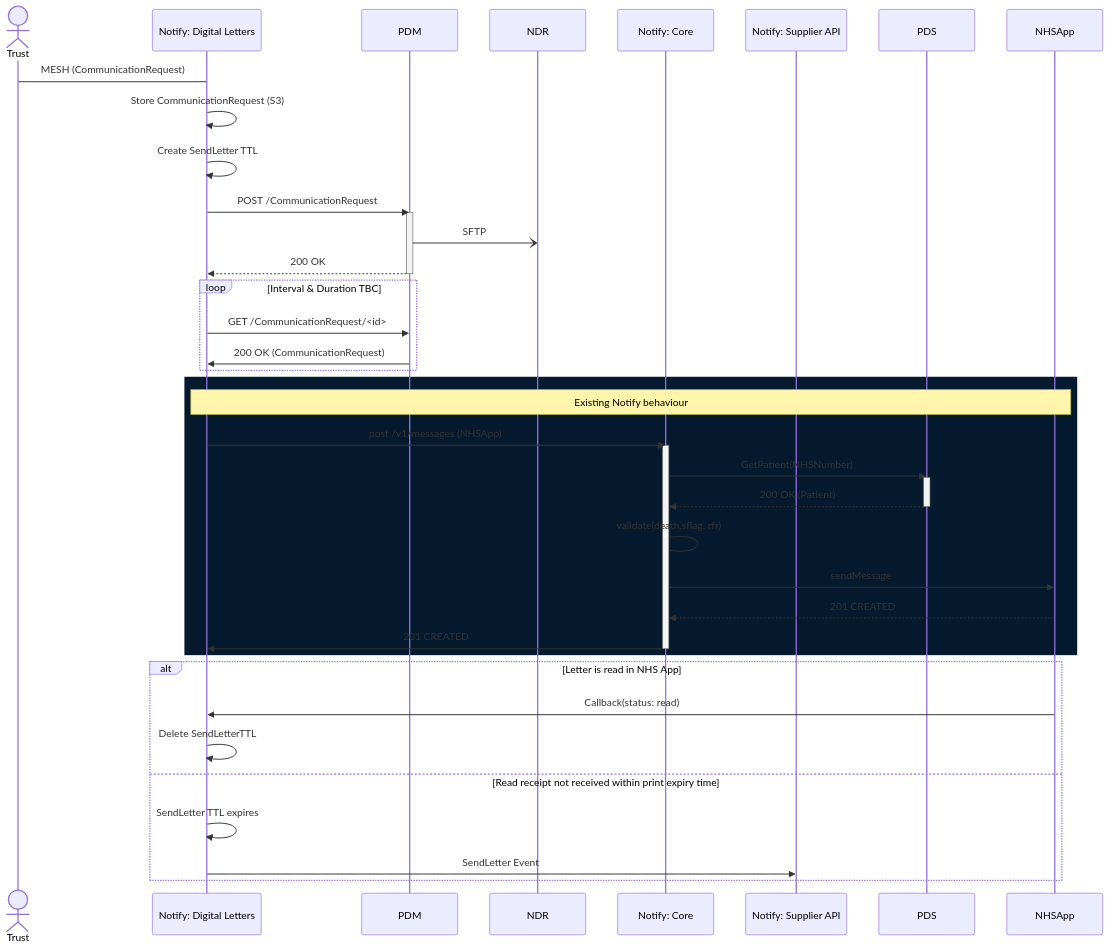
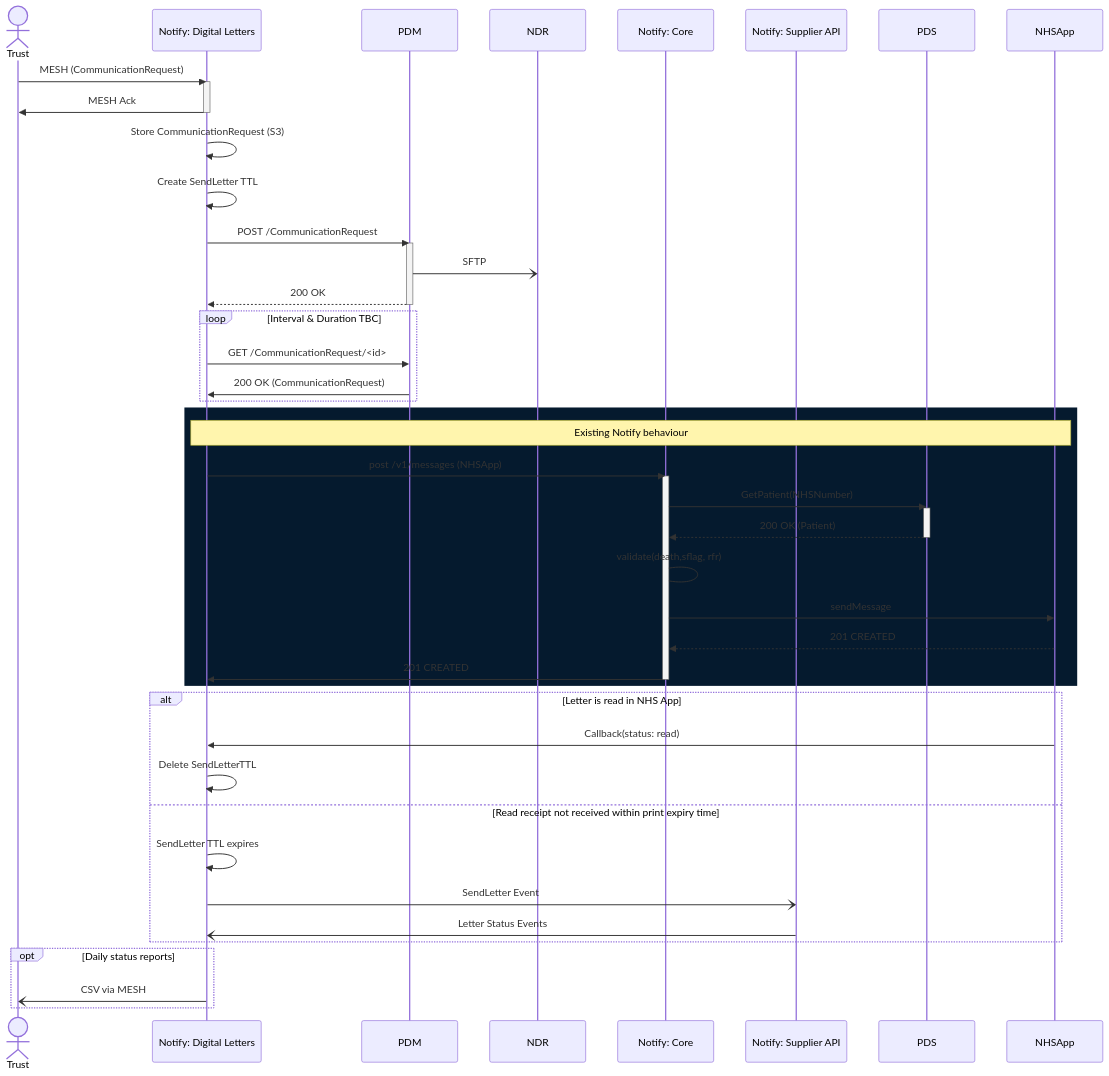
One commit to RossBugginsNHS/nhs-notify-digital-letters changed the diagram in docs/diagrams/digital-letters-sequence.md. Above: the diagram before and after it, drawn with Mermaid. The commit also changed 1 other file, not shown here.

Commit message:
Feature/ccm 12274 update diagrams (#33)
* CCM-12274: Updated sequence diagram to incorporate review feedback
* CCM-12274: Added sequence diagram for mesh poll/retrieve
* CCM-12274: Changed MeshPoll trigger to be a scheduled event & added SQS

---------

````diff
--- a/docs/diagrams/digital-letters-sequence.md
+++ b/docs/diagrams/digital-letters-sequence.md
@@ -26,48 +26,56 @@
 ```mermaid
 
 sequenceDiagram
   actor trust as Trust
   participant notify-letters as Notify: Digital Letters
   participant pdm as PDM
   participant ndr as NDR
   participant notify-core as Notify: Core
   participant notify-supplier as Notify: Supplier API
   participant pds as PDS
   participant nhsapp as NHSApp
 
 
-  trust -> notify-letters: MESH (CommunicationRequest)
+  trust ->> notify-letters: MESH (CommunicationRequest)
+  activate notify-letters
+      notify-letters ->> trust: MESH Ack
+  deactivate notify-letters
   notify-letters ->> notify-letters: Store CommunicationRequest (S3)
   notify-letters ->> notify-letters: Create SendLetter TTL
   notify-letters ->> pdm: POST /CommunicationRequest
   activate pdm
   pdm -) ndr: SFTP
   pdm -->> notify-letters: 200 OK
   deactivate pdm
   Loop Interval & Duration TBC
     notify-letters ->> pdm: GET /CommunicationRequest/<id>
     pdm ->> notify-letters: 200 OK (CommunicationRequest)
   end
   rect rgba(5, 26, 46, 1)
     note over notify-letters,nhsapp: Existing Notify behaviour
     notify-letters ->> notify-core: post /v1/messages (NHSApp)
     activate notify-core
       notify-core ->> pds: GetPatient(NHSNumber)
       activate pds
         pds -->> notify-core: 200 OK (Patient)
       deactivate pds
       notify-core -> notify-core: validate(death,sflag, rfr)
       notify-core ->> nhsapp: sendMessage
       nhsapp -->> notify-core: 201 CREATED
       notify-core ->> notify-letters: 201 CREATED
     deactivate notify-core
   end
 
   alt Letter is read in NHS App
     nhsapp ->> notify-letters: Callback(status: read)
     notify-letters ->> notify-letters: Delete SendLetterTTL
   else Read receipt not received within print expiry time
     notify-letters ->> notify-letters: SendLetter TTL expires
-    notify-letters ->> notify-supplier: SendLetter Event
+    notify-letters -) notify-supplier: SendLetter Event
+    notify-supplier -) notify-letters: Letter Status Events
   end
+  opt Daily status reports
+    notify-letters -) trust: CSV via MESH
+  end
+
 ```
````
